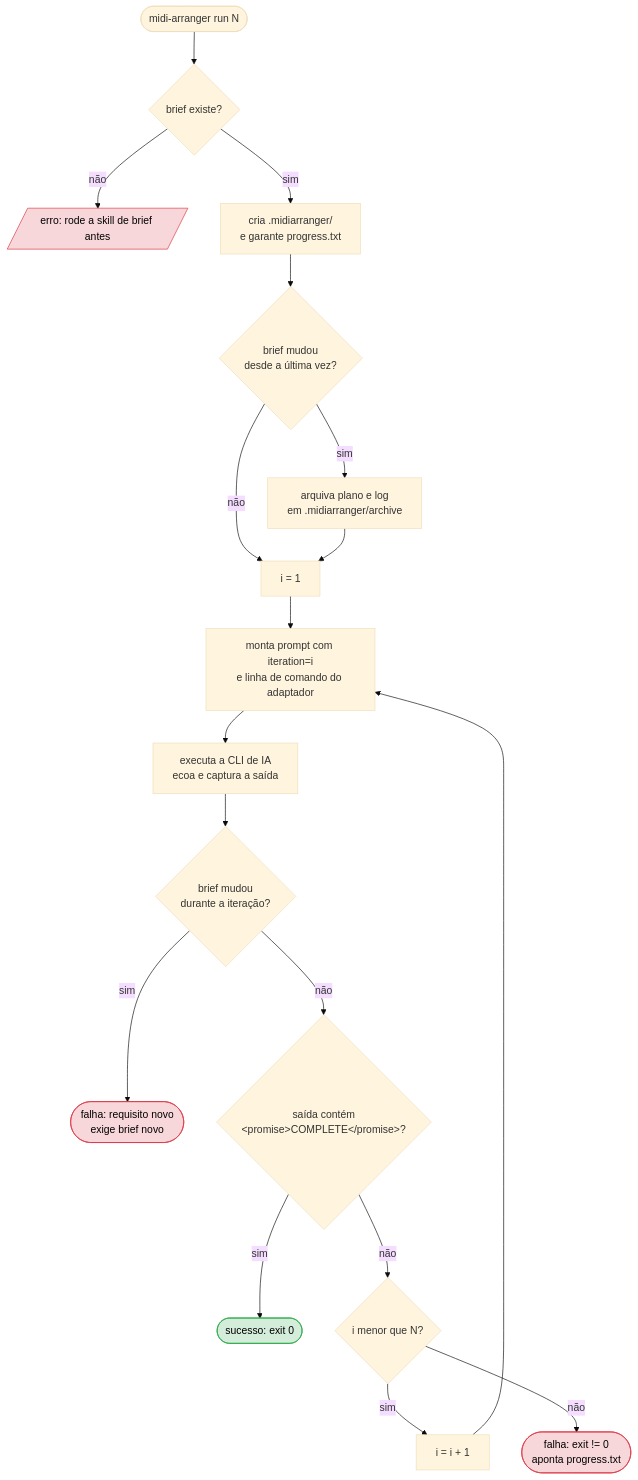
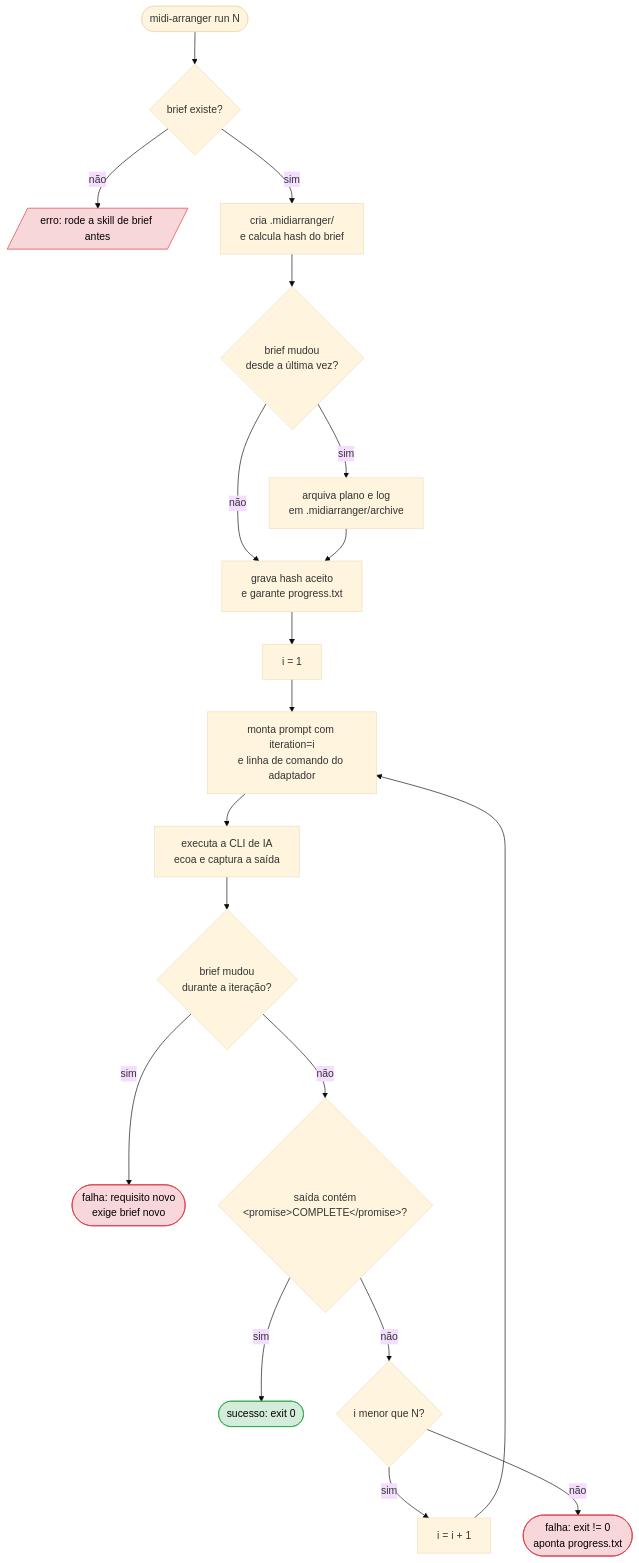
One commit to OvictorVieira/midi.arranger.cli changed the second of 5 diagrams in docs/fluxo-harness.md. Above: the diagram before and after it, drawn with Mermaid (base theme). The commit also changed other lines of this file, not shown here.

````diff
--- a/docs/fluxo-harness.md
+++ b/docs/fluxo-harness.md
@@ -42,25 +42,26 @@
 ```mermaid
 flowchart TD
     Start([midi-arranger run N]) --> Check{brief existe?}
     Check -->|não| Die[/erro: rode a skill de brief antes/]
-    Check -->|sim| State[cria .midiarranger/<br/>e garante progress.txt]
+    Check -->|sim| State[cria .midiarranger/<br/>e calcula hash do brief]
     State --> Arch{brief mudou<br/>desde a última vez?}
     Arch -->|sim| Archive[arquiva plano e log<br/>em .midiarranger/archive]
-    Arch -->|não| Loop
-    Archive --> Loop
+    Arch -->|não| Progress
+    Archive --> Progress[grava hash aceito<br/>e garante progress.txt]
+    Progress --> Loop
 
     Loop[i = 1] --> Invoke[monta prompt com iteration=i<br/>e linha de comando do adaptador]
     Invoke --> Run[executa a CLI de IA<br/>ecoa e captura a saída]
     Run --> RO{brief mudou<br/>durante a iteração?}
     RO -->|sim| BriefFail([falha: requisito novo<br/>exige brief novo])
     RO -->|não| Sentinel{saída contém<br/>&lt;promise&gt;COMPLETE&lt;/promise&gt;?}
     Sentinel -->|sim| Done([sucesso: exit 0])
     Sentinel -->|não| Next{i menor que N?}
     Next -->|sim| Inc[i = i + 1] --> Invoke
     Next -->|não| Fail([falha: exit != 0<br/>aponta progress.txt])
 
     style Done fill:#d4edda,stroke:#28a745,color:#000
     style Fail fill:#f8d7da,stroke:#dc3545,color:#000
     style BriefFail fill:#f8d7da,stroke:#dc3545,color:#000
     style Die fill:#f8d7da,stroke:#dc3545,color:#000
 ```
````
